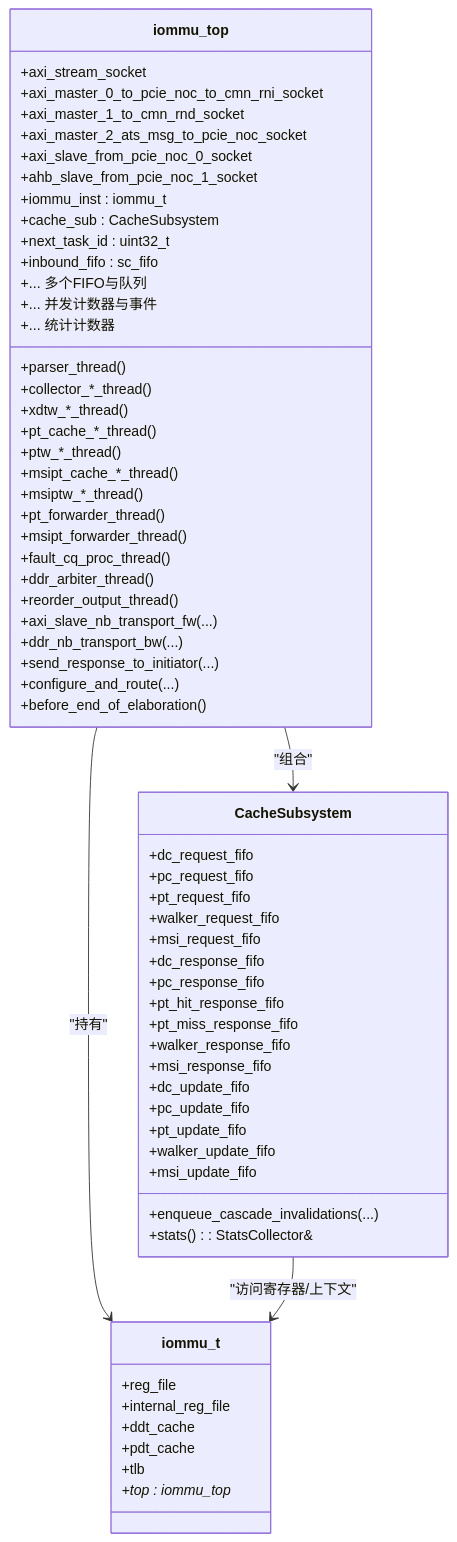
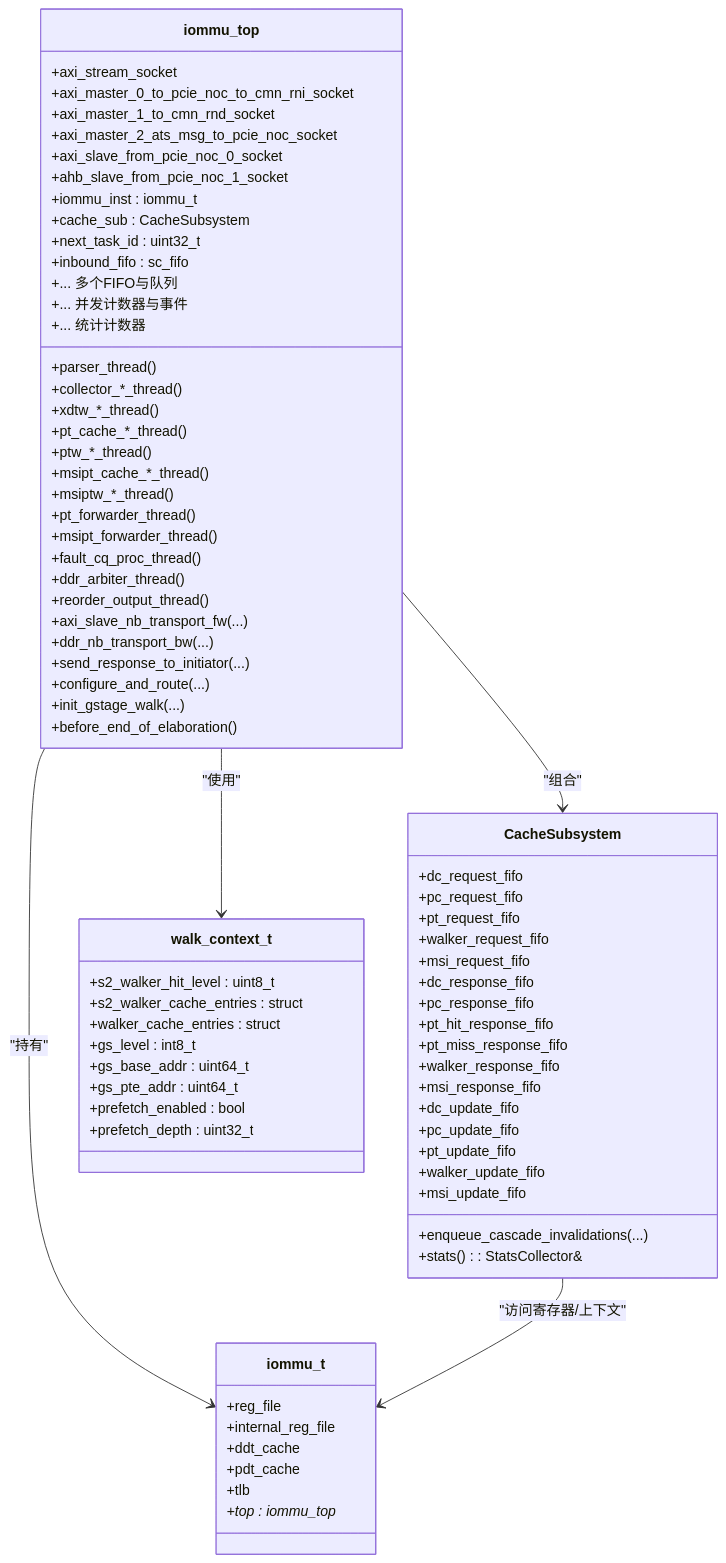
Before and after one commit to jiangjiang1122/iommu_model_20260401_v1: the third of 5 diagrams in .qoder/repowiki/zh/content/核心架构/顶层模块设计.md, drawn with Mermaid. The commit also changed other lines of this file and 21 other files, not shown here.

````diff
--- a/.qoder/repowiki/zh/content/核心架构/顶层模块设计.md
+++ b/.qoder/repowiki/zh/content/核心架构/顶层模块设计.md
@@ -153,66 +165,78 @@
 ```mermaid
 classDiagram
 class iommu_top {
 +axi_stream_socket
 +axi_master_0_to_pcie_noc_to_cmn_rni_socket
 +axi_master_1_to_cmn_rnd_socket
 +axi_master_2_ats_msg_to_pcie_noc_socket
 +axi_slave_from_pcie_noc_0_socket
 +ahb_slave_from_pcie_noc_1_socket
 +iommu_inst : iommu_t
 +cache_sub : CacheSubsystem
 +next_task_id : uint32_t
 +inbound_fifo : sc_fifo<iommu_task_t*>
 +... 多个FIFO与队列
 +... 并发计数器与事件
 +... 统计计数器
 +parser_thread()
 +collector_*_thread()
 +xdtw_*_thread()
 +pt_cache_*_thread()
 +ptw_*_thread()
 +msipt_cache_*_thread()
 +msiptw_*_thread()
 +pt_forwarder_thread()
 +msipt_forwarder_thread()
 +fault_cq_proc_thread()
 +ddr_arbiter_thread()
 +reorder_output_thread()
 +axi_slave_nb_transport_fw(...)
 +ddr_nb_transport_bw(...)
 +send_response_to_initiator(...)
 +configure_and_route(...)
++init_gstage_walk(...)
 +before_end_of_elaboration()
 }
 class CacheSubsystem {
 +dc_request_fifo
 +pc_request_fifo
 +pt_request_fifo
 +walker_request_fifo
 +msi_request_fifo
 +dc_response_fifo
 +pc_response_fifo
 +pt_hit_response_fifo
 +pt_miss_response_fifo
 +walker_response_fifo
 +msi_response_fifo
 +dc_update_fifo
 +pc_update_fifo
 +pt_update_fifo
 +walker_update_fifo
 +msi_update_fifo
 +enqueue_cascade_invalidations(...)
 +stats() : StatsCollector&
 }
 class iommu_t {
 +reg_file
 +internal_reg_file
 +ddt_cache
 +pdt_cache
 +tlb
 +top : iommu_top*
 }
+class walk_context_t {
++s2_walker_hit_level : uint8_t
++s2_walker_cache_entries : struct
++walker_cache_entries : struct
++gs_level : int8_t
++gs_base_addr : uint64_t
++gs_pte_addr : uint64_t
++prefetch_enabled : bool
++prefetch_depth : uint32_t
+}
 iommu_top --> CacheSubsystem : "组合"
 iommu_top --> iommu_t : "持有"
+iommu_top --> walk_context_t : "使用"
 CacheSubsystem --> iommu_t : "访问寄存器/上下文"
 ```
````
